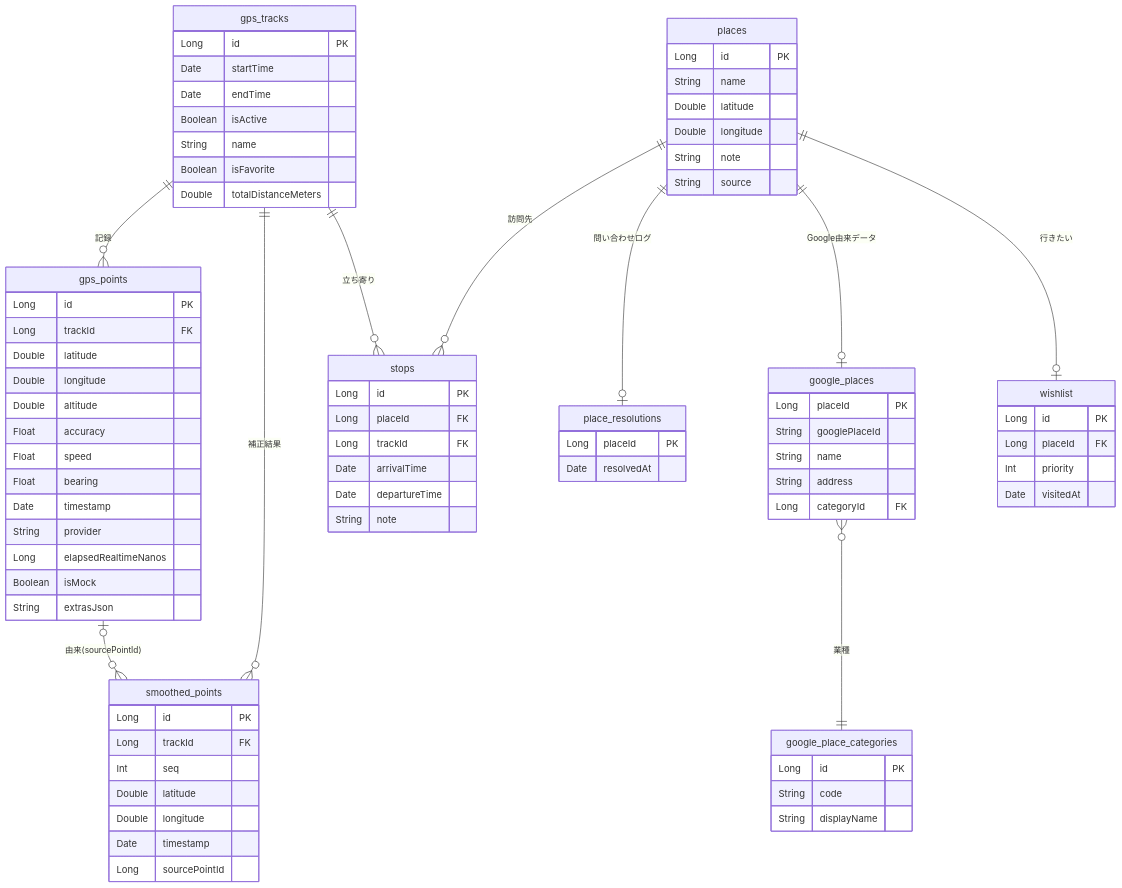
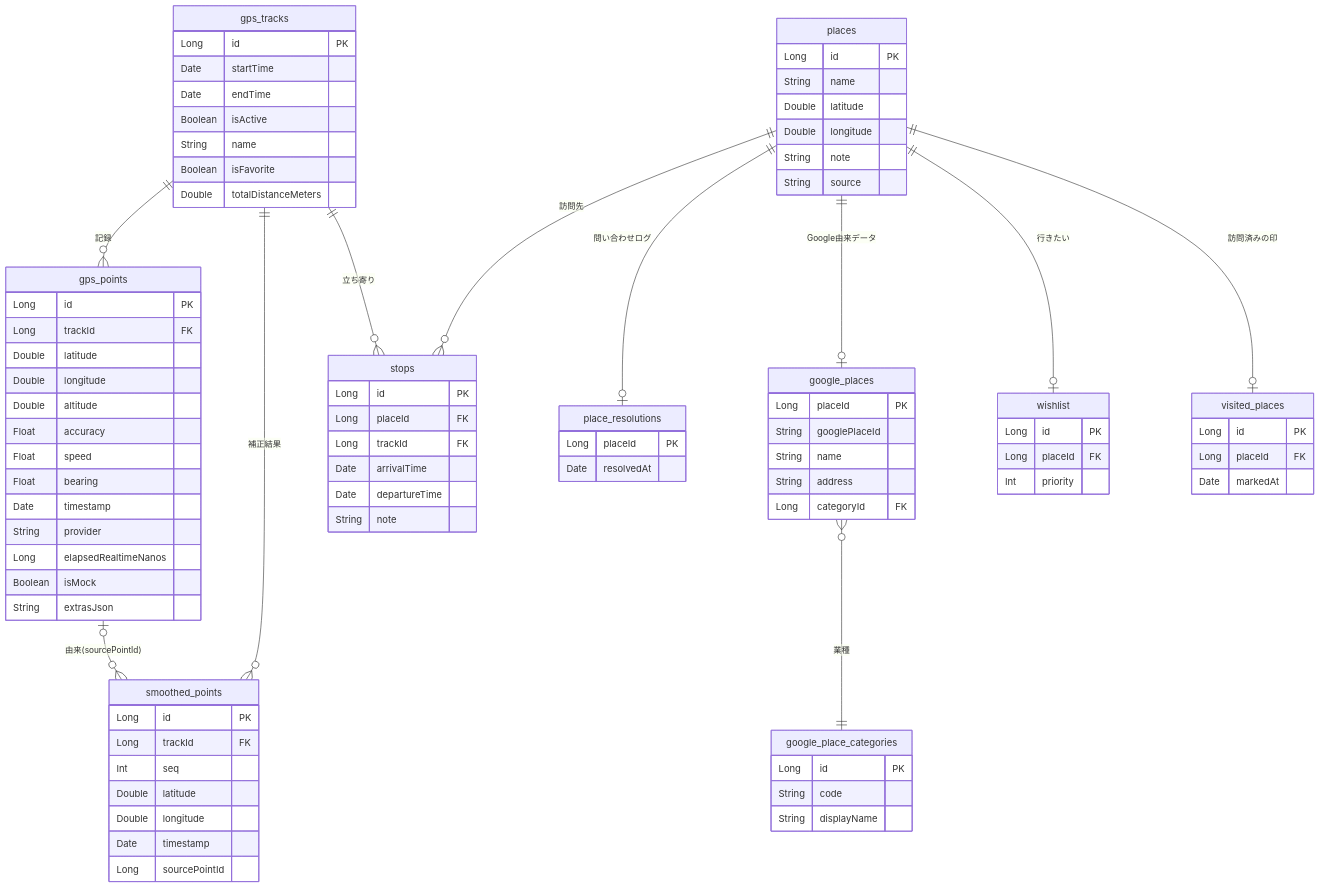
One commit to y-nosuke/pathly changed the diagram in docs/specs/model.md. Above: the diagram before and after it, drawn with Mermaid. The commit also changed other lines of this file and 33 other files, not shown here.

````diff
--- a/docs/specs/model.md
+++ b/docs/specs/model.md
@@ -21,6 +21,7 @@
   places ||--o| google_places : "Google由来データ"
   google_places }o--|| google_place_categories : "業種"
   places ||--o| wishlist : "行きたい"
+  places ||--o| visited_places : "訪問済みの印"
   gps_points |o--o{ smoothed_points : "由来(sourcePointId)"
 
   gps_tracks {
@@ -92,6 +93,10 @@
     Long id PK
     Long placeId FK
     Int priority
-    Date visitedAt
+  }
+  visited_places {
+    Long id PK
+    Long placeId FK
+    Date markedAt
   }
 ```
````
